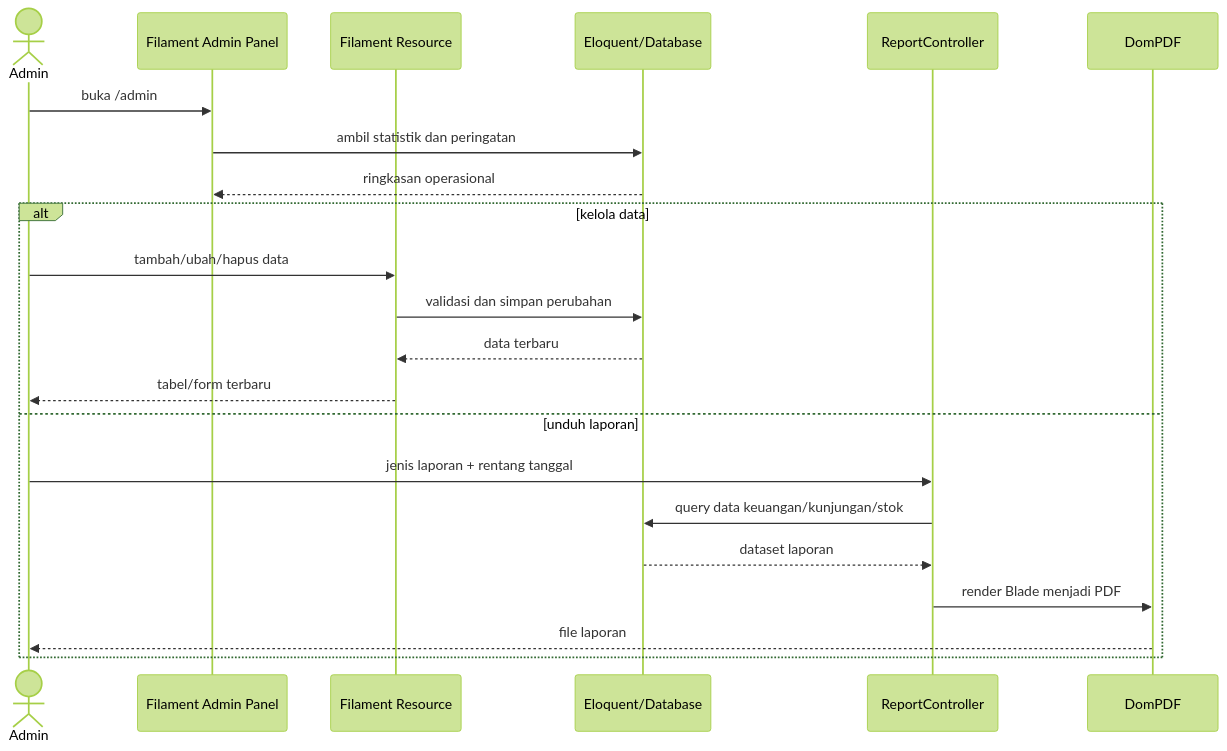
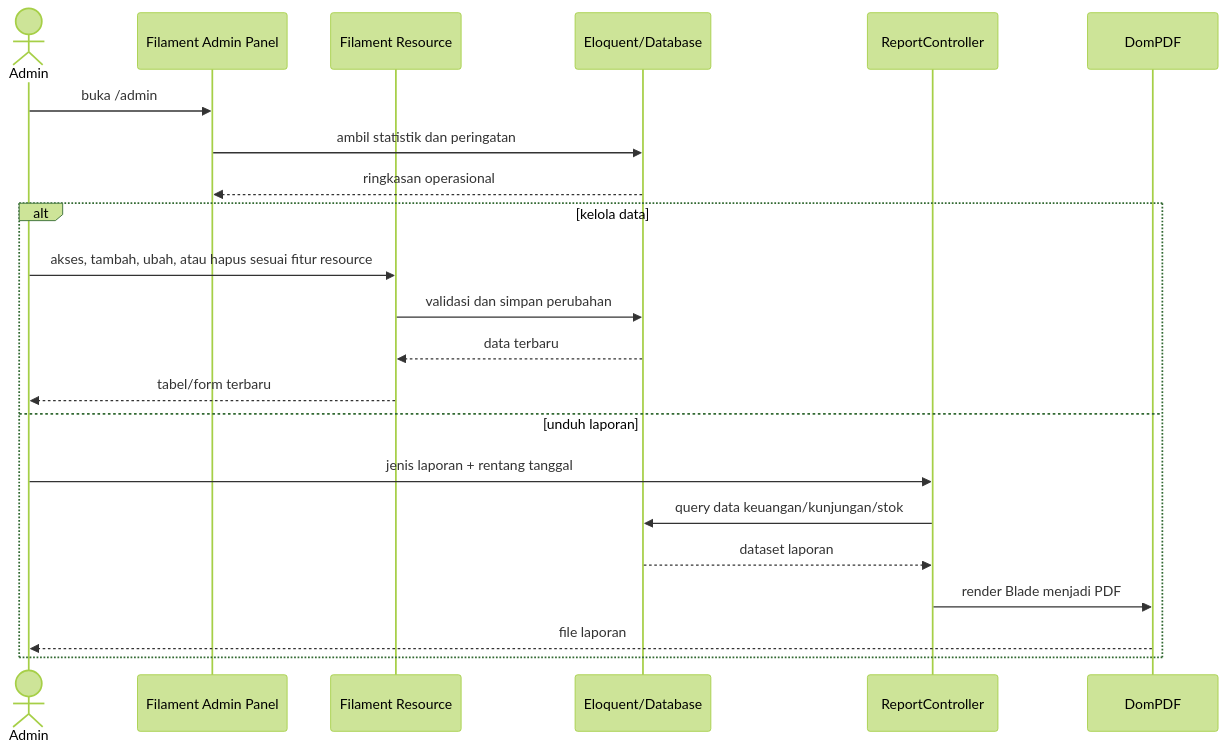
One commit to Faathir81/Sistem-Informasi-Klinik changed the seventh of 7 diagrams in dokumentasi/spesifikasi-proyek/sequence-diagrams.md. Above: the diagram before and after it, drawn with Mermaid (forest theme). The commit also changed other lines of this file and 4 other files, not shown here.

Commit message:
docs: align activity and sequence diagrams with implementation

````diff
--- a/dokumentasi/spesifikasi-proyek/sequence-diagrams.md
+++ b/dokumentasi/spesifikasi-proyek/sequence-diagrams.md
@@ -192,25 +261,25 @@
 ```mermaid
 sequenceDiagram
     actor Admin
     participant Panel as Filament Admin Panel
     participant Resource as Filament Resource
     participant DB as Eloquent/Database
     participant Report as ReportController
     participant PDF as DomPDF
 
     Admin->>Panel: buka /admin
     Panel->>DB: ambil statistik dan peringatan
     DB-->>Panel: ringkasan operasional
     alt kelola data
-        Admin->>Resource: tambah/ubah/hapus data
+        Admin->>Resource: akses, tambah, ubah, atau hapus sesuai fitur resource
         Resource->>DB: validasi dan simpan perubahan
         DB-->>Resource: data terbaru
         Resource-->>Admin: tabel/form terbaru
     else unduh laporan
         Admin->>Report: jenis laporan + rentang tanggal
         Report->>DB: query data keuangan/kunjungan/stok
         DB-->>Report: dataset laporan
         Report->>PDF: render Blade menjadi PDF
         PDF-->>Admin: file laporan
     end
 ```
````
